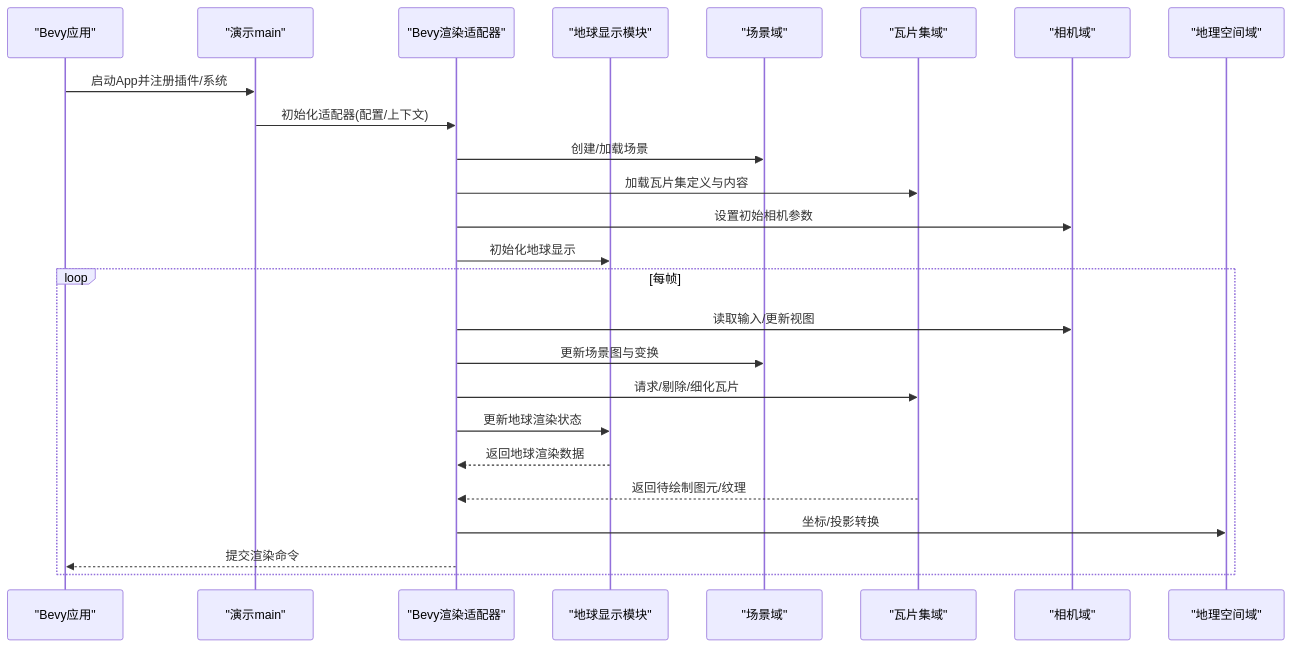
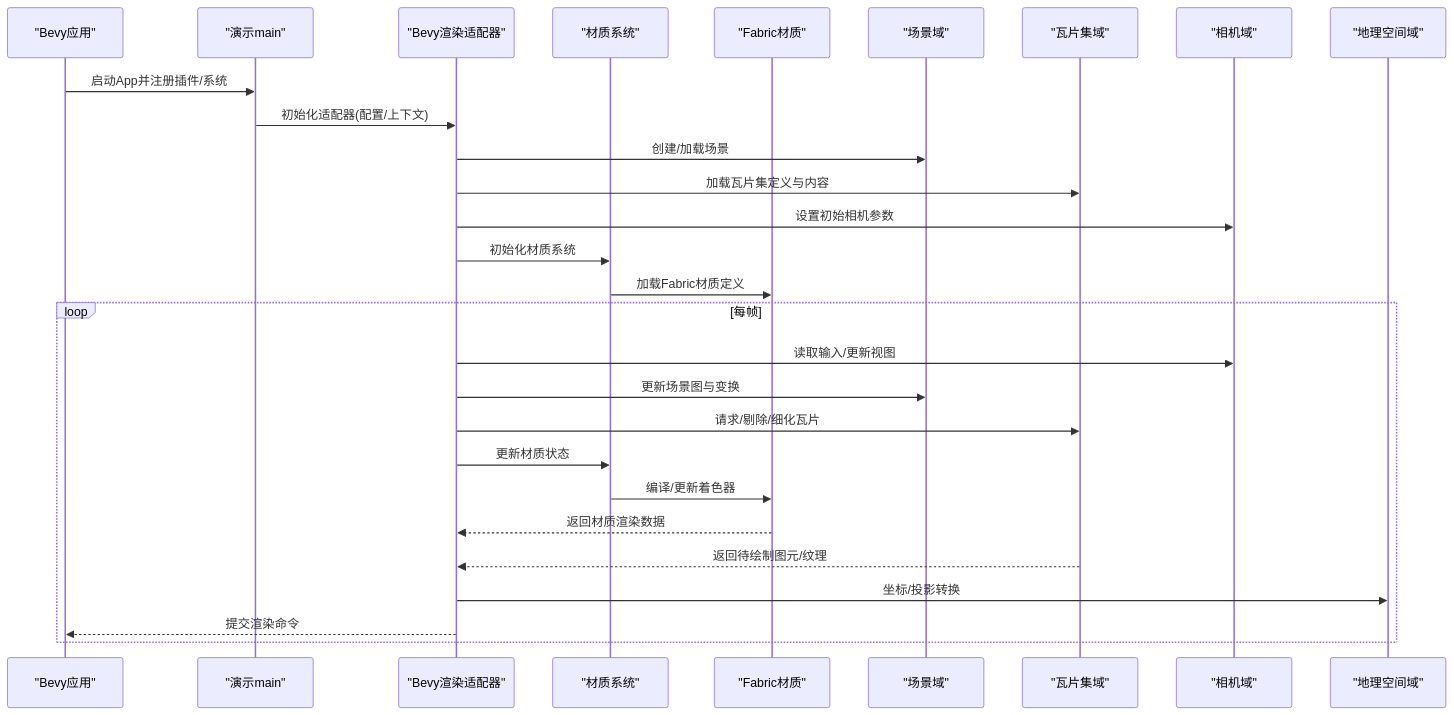
The second of 5 diagrams in .qoder/repowiki/zh/content/项目概述/核心特性/3D渲染引擎/Bevy渲染适配器.md (rzhangjing/cesium), drawn with Mermaid before and after one commit. The commit also changed other lines of this file and 30 other files, not shown here.

````diff
--- a/.qoder/repowiki/zh/content/项目概述/核心特性/3D渲染引擎/Bevy渲染适配器.md
+++ b/.qoder/repowiki/zh/content/项目概述/核心特性/3D渲染引擎/Bevy渲染适配器.md
@@ -102,27 +115,30 @@
 ```mermaid
 sequenceDiagram
 participant App as "Bevy应用"
 participant Demo as "演示main"
 participant Adapter as "Bevy渲染适配器"
-participant Globe as "地球显示模块"
+participant Material as "材质系统"
+participant FabricMat as "Fabric材质"
 participant Scene as "场景域"
 participant Tileset as "瓦片集域"
 participant Camera as "相机域"
 participant Geo as "地理空间域"
 App->>Demo : 启动App并注册插件/系统
 Demo->>Adapter : 初始化适配器(配置/上下文)
 Adapter->>Scene : 创建/加载场景
 Adapter->>Tileset : 加载瓦片集定义与内容
 Adapter->>Camera : 设置初始相机参数
-Adapter->>Globe : 初始化地球显示
+Adapter->>Material : 初始化材质系统
+Material->>FabricMat : 加载Fabric材质定义
 loop 每帧
 Adapter->>Camera : 读取输入/更新视图
 Adapter->>Scene : 更新场景图与变换
 Adapter->>Tileset : 请求/剔除/细化瓦片
-Adapter->>Globe : 更新地球渲染状态
-Globe-->>Adapter : 返回地球渲染数据
+Adapter->>Material : 更新材质状态
+Material->>FabricMat : 编译/更新着色器
+FabricMat-->>Adapter : 返回材质渲染数据
 Tileset-->>Adapter : 返回待绘制图元/纹理
 Adapter->>Geo : 坐标/投影转换
 Adapter-->>App : 提交渲染命令
 end
 ```
````
